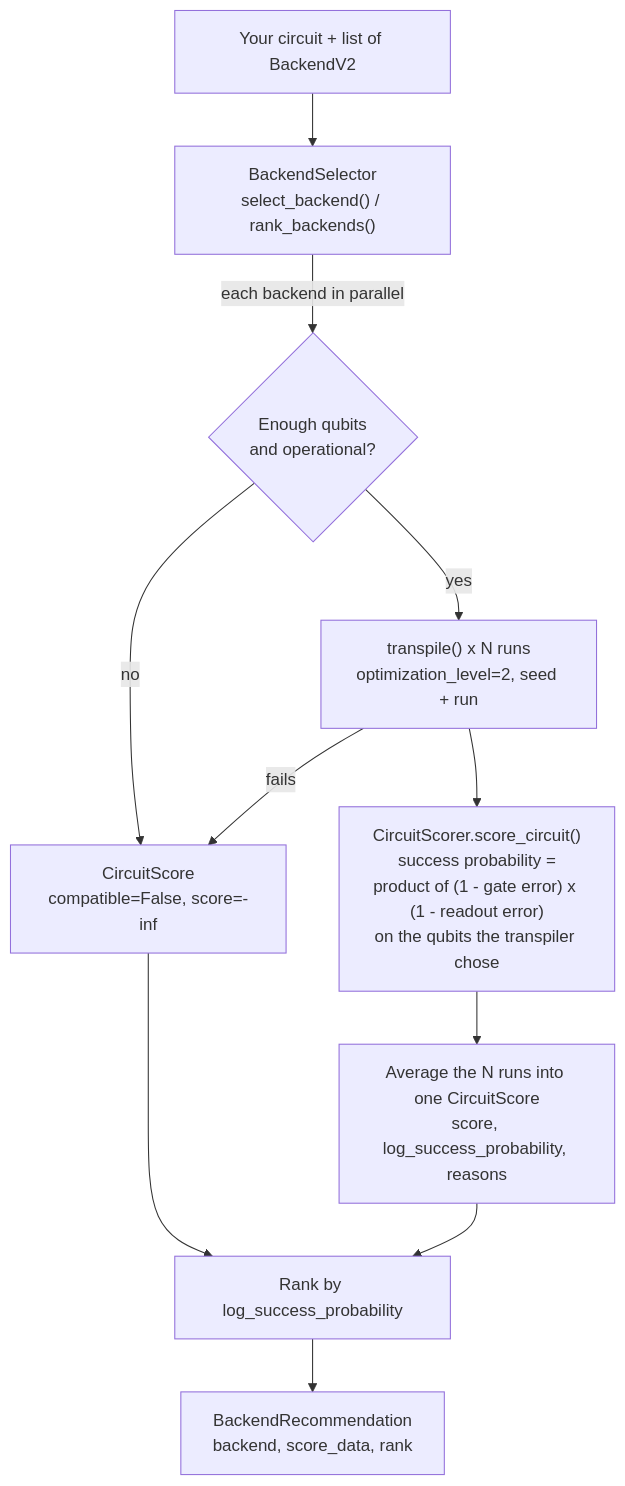
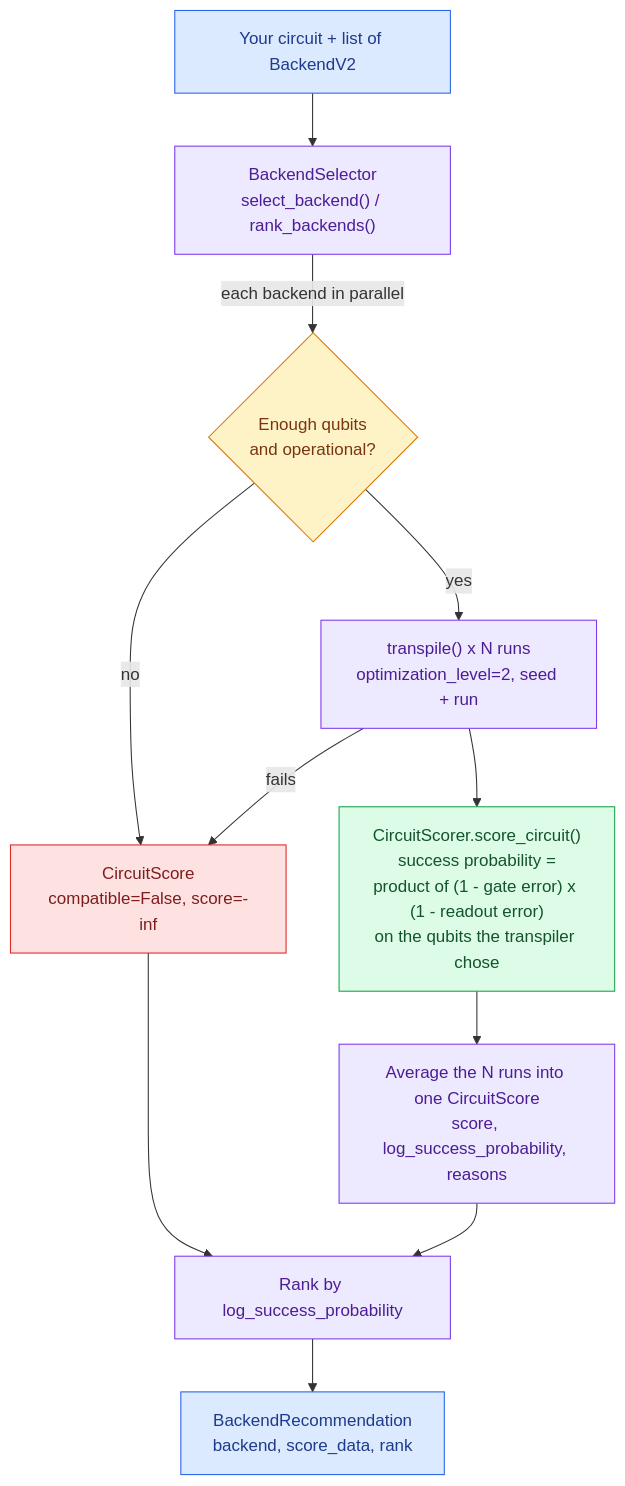
Before and after one commit to sevetseh28/enhanced_quantum_backend_selector: the diagram in enhanced-quantum-backend-selector/README.md, drawn with Mermaid.

Commit message:
docs: colour the README diagram by component

````diff
--- a/enhanced-quantum-backend-selector/README.md
+++ b/enhanced-quantum-backend-selector/README.md
@@ -23,13 +23,24 @@
 ```mermaid
 flowchart TD
     IN["Your circuit + list of BackendV2"] --> BS["BackendSelector<br/>select_backend() / rank_backends()"]
     BS -->|"each backend in parallel"| CHK{"Enough qubits<br/>and operational?"}
     CHK -->|no| INC["CircuitScore<br/>compatible=False, score=-inf"]
     CHK -->|yes| TR["transpile() x N runs<br/>optimization_level=2, seed + run"]
     TR -->|fails| INC
     TR --> CS["CircuitScorer.score_circuit()<br/>success probability =<br/>product of (1 - gate error) x (1 - readout error)<br/>on the qubits the transpiler chose"]
     CS --> AVG["Average the N runs into one CircuitScore<br/>score, log_success_probability, reasons"]
     AVG --> RANK["Rank by log_success_probability"]
     INC --> RANK
     RANK --> OUT["BackendRecommendation<br/>backend, score_data, rank"]
+
+    classDef io fill:#dbeafe,stroke:#2563eb,color:#1e3a8a
+    classDef selector fill:#ede9fe,stroke:#7c3aed,color:#4c1d95
+    classDef scorer fill:#dcfce7,stroke:#16a34a,color:#14532d
+    classDef check fill:#fef3c7,stroke:#d97706,color:#78350f
+    classDef bad fill:#fee2e2,stroke:#dc2626,color:#7f1d1d
+    class IN,OUT io
+    class BS,TR,AVG,RANK selector
+    class CS scorer
+    class CHK check
+    class INC bad
 ```
````
